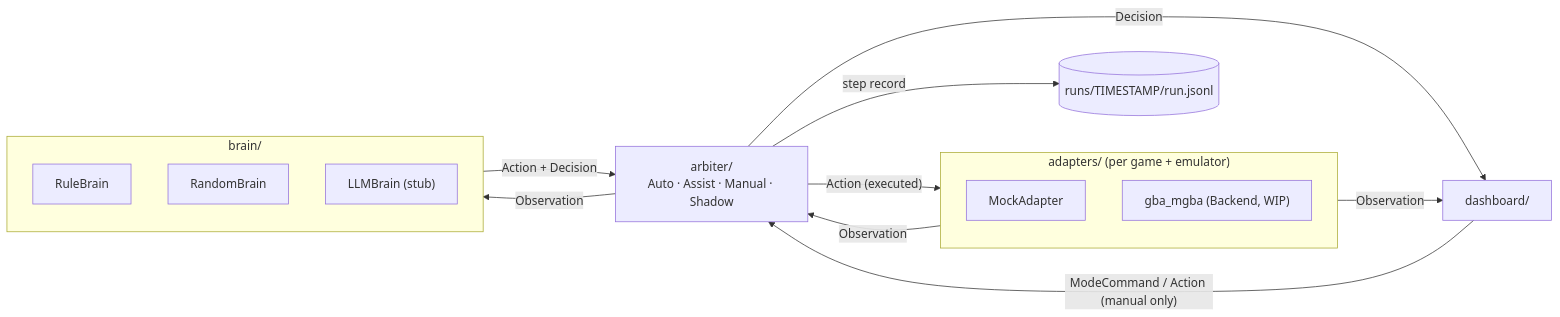
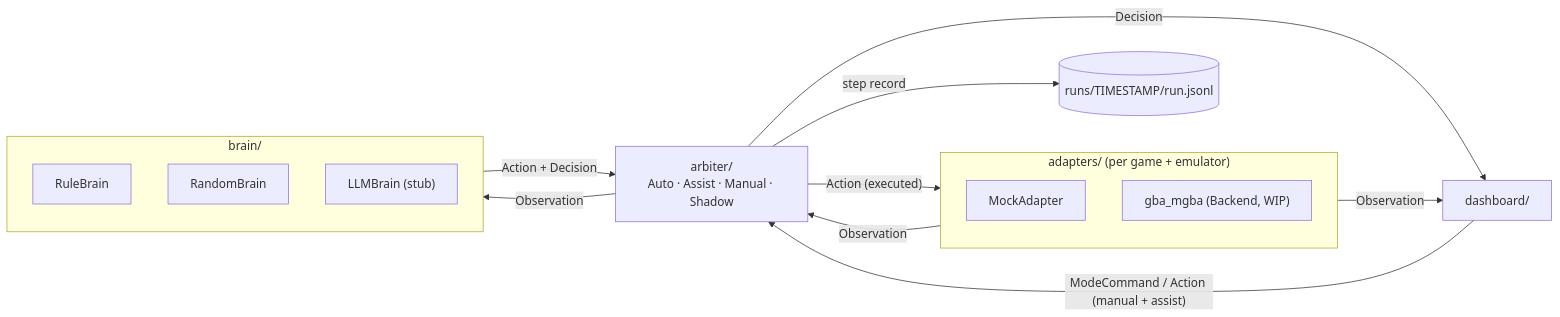
One commit to stevetsang852/game-brain changed the diagram in README.md. Above: the diagram before and after it, drawn with Mermaid. The commit also changed other lines of this file and 8 other files, not shown here.

Commit message:
feat(arbiter): Assist mode — queued human actions preempt the brain; Decision.actor

````diff
--- a/README.md
+++ b/README.md
@@ -17,24 +17,24 @@
 ```mermaid
 flowchart LR
     subgraph Adapter["adapters/ (per game + emulator)"]
         MOCK[MockAdapter]
         MGBA["gba_mgba (Backend, WIP)"]
     end
     subgraph Brains["brain/"]
         RB[RuleBrain]
         RND[RandomBrain]
         LLM["LLMBrain (stub)"]
     end
     ARB["arbiter/<br/>Auto · Assist · Manual · Shadow"]
     LOG[("runs/TIMESTAMP/run.jsonl")]
     DASH["dashboard/"]
 
     Adapter -- Observation --> ARB
     ARB -- Observation --> Brains
     Brains -- "Action + Decision" --> ARB
     ARB -- "Action (executed)" --> Adapter
     ARB -- step record --> LOG
     Adapter -- Observation --> DASH
     ARB -- Decision --> DASH
-    DASH -- "ModeCommand / Action (manual only)" --> ARB
+    DASH -- "ModeCommand / Action (manual + assist)" --> ARB
 ```
````
